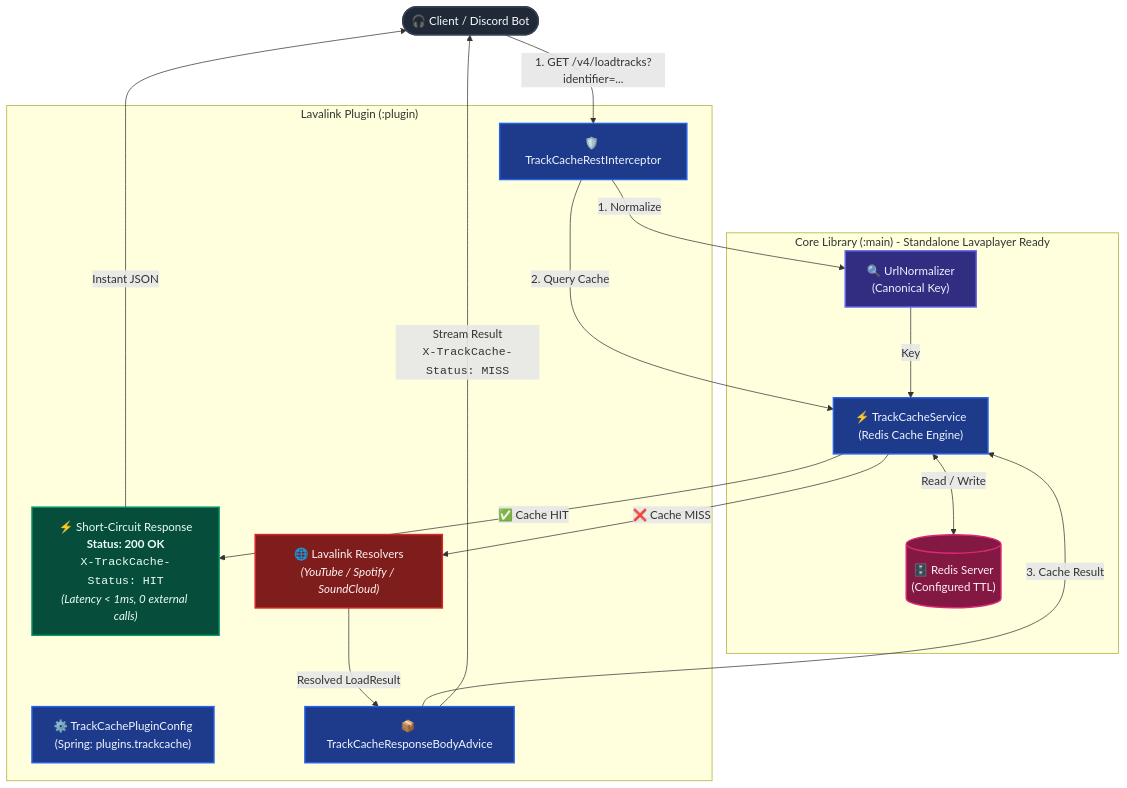
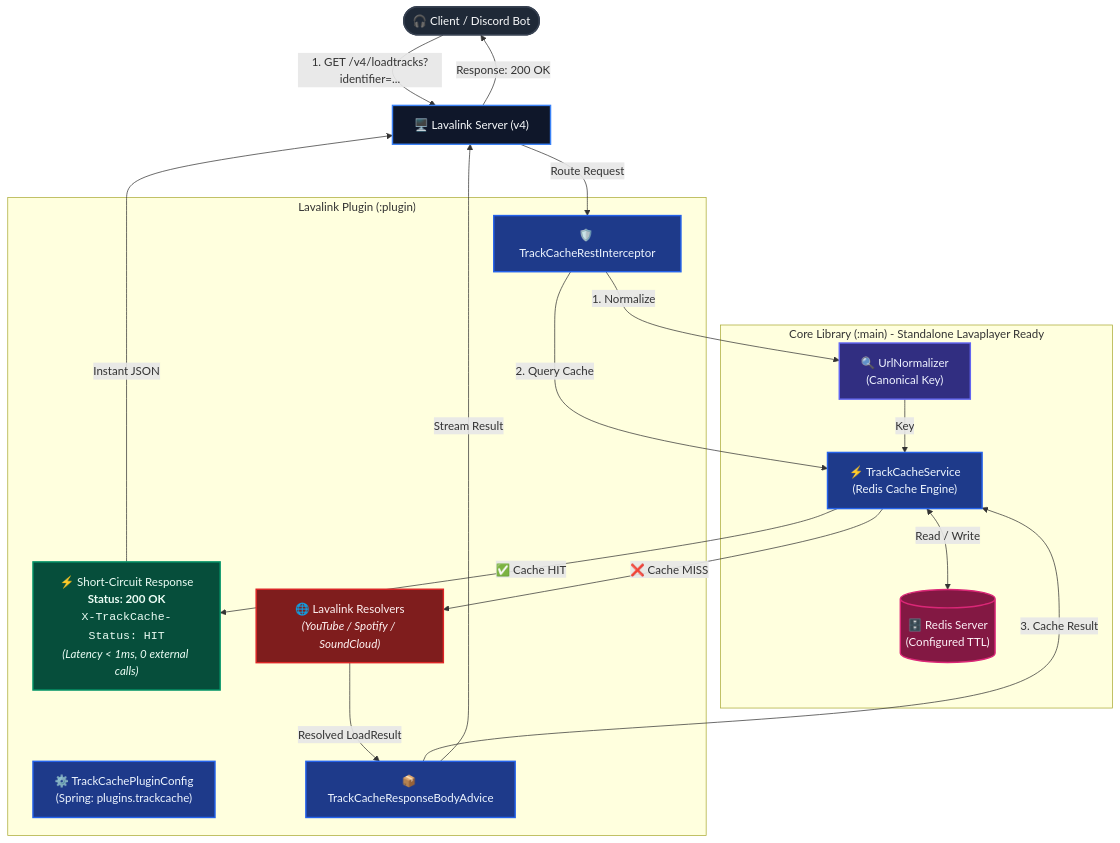
Before and after one commit to PeterGamez/TrackCache: the diagram in README.md, drawn with Mermaid. The commit also changed other lines of this file and 2 other files, not shown here.

Commit message:
feat: add TrackCacheConfig and TrackCacheService for Redis caching integration

````diff
--- a/README.md
+++ b/README.md
@@ -11,46 +11,50 @@
 ```mermaid
 flowchart TD
-    Client(["🎧 Client / Discord Bot"]) -->|"1. GET /v4/loadtracks?identifier=..."| Interceptor["🛡️ TrackCacheRestInterceptor"]
+    Client(["🎧 Client / Discord Bot"]) -->|"1. GET /v4/loadtracks?identifier=..."| LavalinkServer["🖥️ Lavalink Server (v4)"]
+    LavalinkServer -->|"Route Request"| Interceptor["🛡️ TrackCacheRestInterceptor"]
 
     subgraph Core ["Core Library (:main) - Standalone Lavaplayer Ready"]
         Normalizer["🔍 UrlNormalizer<br/>(Canonical Key)"]
         CacheService["⚡ TrackCacheService<br/>(Redis Cache Engine)"]
         RedisDB[("🗄️ Redis Server<br/>(Configured TTL)")]
         Normalizer -->|"Key"| CacheService
         CacheService <-->|"Read / Write"| RedisDB
     end
 
     subgraph Plugin ["Lavalink Plugin (:plugin)"]
         PluginConfig["⚙️ TrackCachePluginConfig<br/>(Spring: plugins.trackcache)"]
         Interceptor -->|"1. Normalize"| Normalizer
         Interceptor -->|"2. Query Cache"| CacheService
 
         %% Cache HIT Branch
         CacheService -->|"✅ Cache HIT"| ShortCircuit["⚡ Short-Circuit Response<br/><b>Status: 200 OK</b><br/><code>X-TrackCache-Status: HIT</code><br/><i>(Latency &lt; 1ms, 0 external calls)</i>"]
 
         %% Cache MISS Branch
         CacheService -->|"❌ Cache MISS"| LavalinkResolvers["🌐 Lavalink Resolvers<br/><i>(YouTube / Spotify / SoundCloud)</i>"]
 
         LavalinkResolvers -->|"Resolved LoadResult"| ResponseAdvice["📦 TrackCacheResponseBodyAdvice"]
 
         ResponseAdvice -->|"3. Cache Result"| CacheService
     end
 
-    ShortCircuit -->|"Instant JSON"| Client
-    ResponseAdvice -->|"Stream Result<br/><code>X-TrackCache-Status: MISS</code>"| Client
+    ShortCircuit -->|"Instant JSON"| LavalinkServer
+    ResponseAdvice -->|"Stream Result"| LavalinkServer
+    LavalinkServer -->|"Response: 200 OK"| Client
 
     %% Custom Styling
     classDef clientNode fill:#1f2937,stroke:#374151,stroke-width:2px,color:#f9fafb;
+    classDef serverNode fill:#0f172a,stroke:#3b82f6,stroke-width:2px,color:#f8fafc;
     classDef hitNode fill:#064e3b,stroke:#059669,stroke-width:2px,color:#ecfdf5;
     classDef missNode fill:#7f1d1d,stroke:#dc2626,stroke-width:2px,color:#fef2f2;
     classDef serviceNode fill:#1e3a8a,stroke:#2563eb,stroke-width:2px,color:#eff6ff;
     classDef dbNode fill:#831843,stroke:#db2777,stroke-width:2px,color:#fdf2f8;
     classDef coreNode fill:#312e81,stroke:#6366f1,stroke-width:2px,color:#eef2ff;
 
     class Client clientNode;
+    class LavalinkServer serverNode;
     class ShortCircuit hitNode;
     class LavalinkResolvers missNode;
     class Interceptor,ResponseAdvice,CacheService,PluginConfig serviceNode;
     class RedisDB dbNode;
     class Normalizer coreNode;
 ```
````
